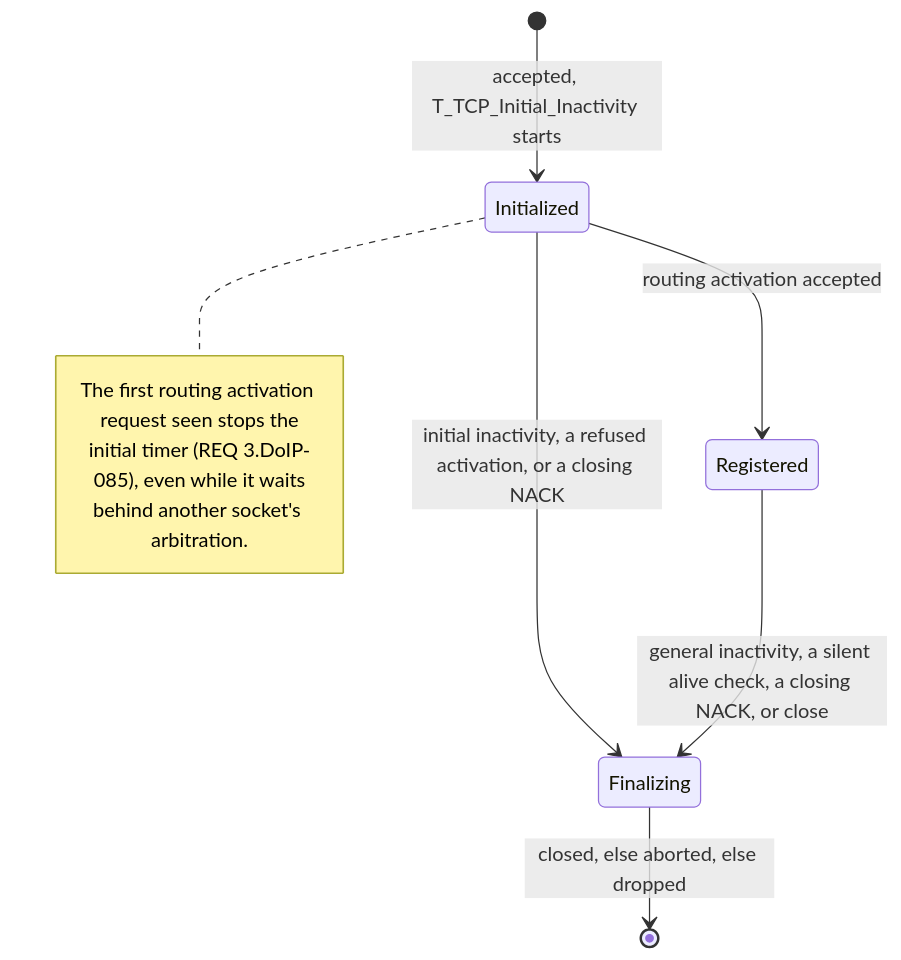
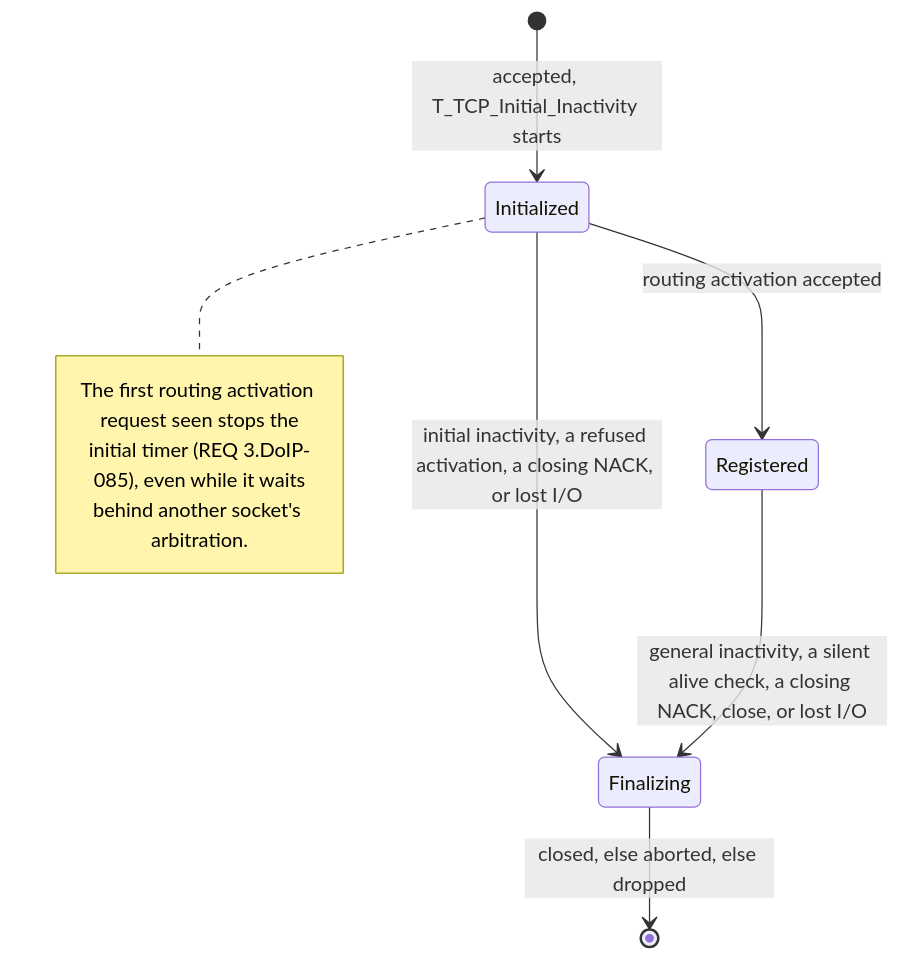
The second of 2 diagrams in crates/simple_doip/ARCHITECTURE.md (luminartech/uds_stack), drawn with Mermaid before and after one commit. The commit also changed other lines of this file and 10 other files, not shown here.

````diff
--- a/crates/simple_doip/ARCHITECTURE.md
+++ b/crates/simple_doip/ARCHITECTURE.md
@@ -133,13 +133,13 @@
 ```mermaid
 stateDiagram-v2
     [*] --> Initialized: accepted, T_TCP_Initial_Inactivity starts
     Initialized --> Registered: routing activation accepted
-    Initialized --> Finalizing: initial inactivity, a refused activation, or a closing NACK
-    Registered --> Finalizing: general inactivity, a silent alive check, a closing NACK, or close
+    Initialized --> Finalizing: initial inactivity, a refused activation, a closing NACK, or lost I/O
+    Registered --> Finalizing: general inactivity, a silent alive check, a closing NACK, close, or lost I/O
     Finalizing --> [*]: closed, else aborted, else dropped
     note right of Initialized
         The first routing activation request seen stops the
         initial timer (REQ 3.DoIP-085), even while it waits
         behind another socket's arbitration.
     end note
 ```
````
